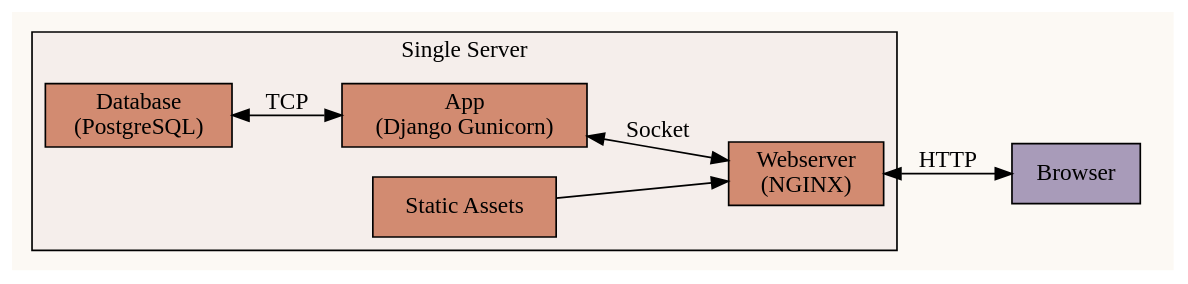
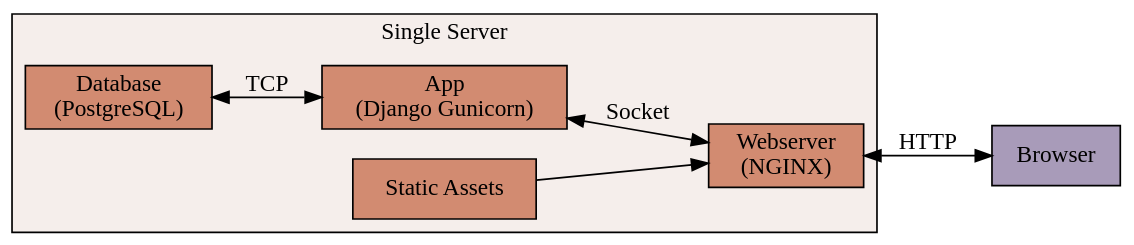
Before and after one commit to hnarayanan/harishnarayanan.org: the diagram in static/images/writing/kubernetes-django/all-in-one-server.dot, drawn with Graphviz. The commit also changed 7 other files, not shown here.

```diff
--- a/static/images/writing/kubernetes-django/all-in-one-server.dot
+++ b/static/images/writing/kubernetes-django/all-in-one-server.dot
@@ -1,23 +1,23 @@
 digraph Application {
-    bgcolor = "#fcf9f4";
+    bgcolor = "transparent";
     rankdir = LR;
     node[shape=box, style=filled, fillcolor="#d28b71"];
 
     subgraph clusterClient {
         style = invis;
         browser [label="Browser", fillcolor="#a89bb9"];
     };
     subgraph clusterServer {
         label="Single Server";
         bgcolor="#f5eeeb";
         app [label="App\n(Django Gunicorn)"];
         database [label="Database\n(PostgreSQL)"];
         assets[label="Static Assets"];
         webserver [label="Webserver\n(NGINX)"];
     };
 
     database -> app [label="TCP", dir="both"];
     app -> webserver [label="Socket", dir="both"];
     assets -> webserver;
     webserver -> browser [label="HTTP", dir="both"];
 }
```
